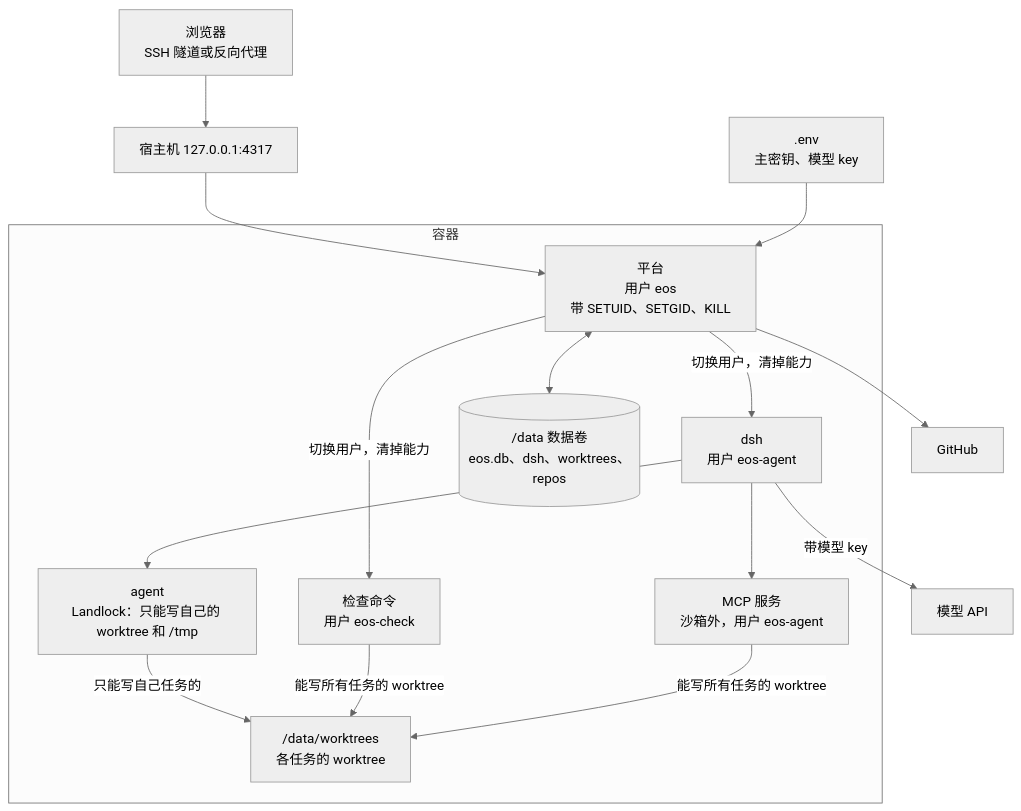
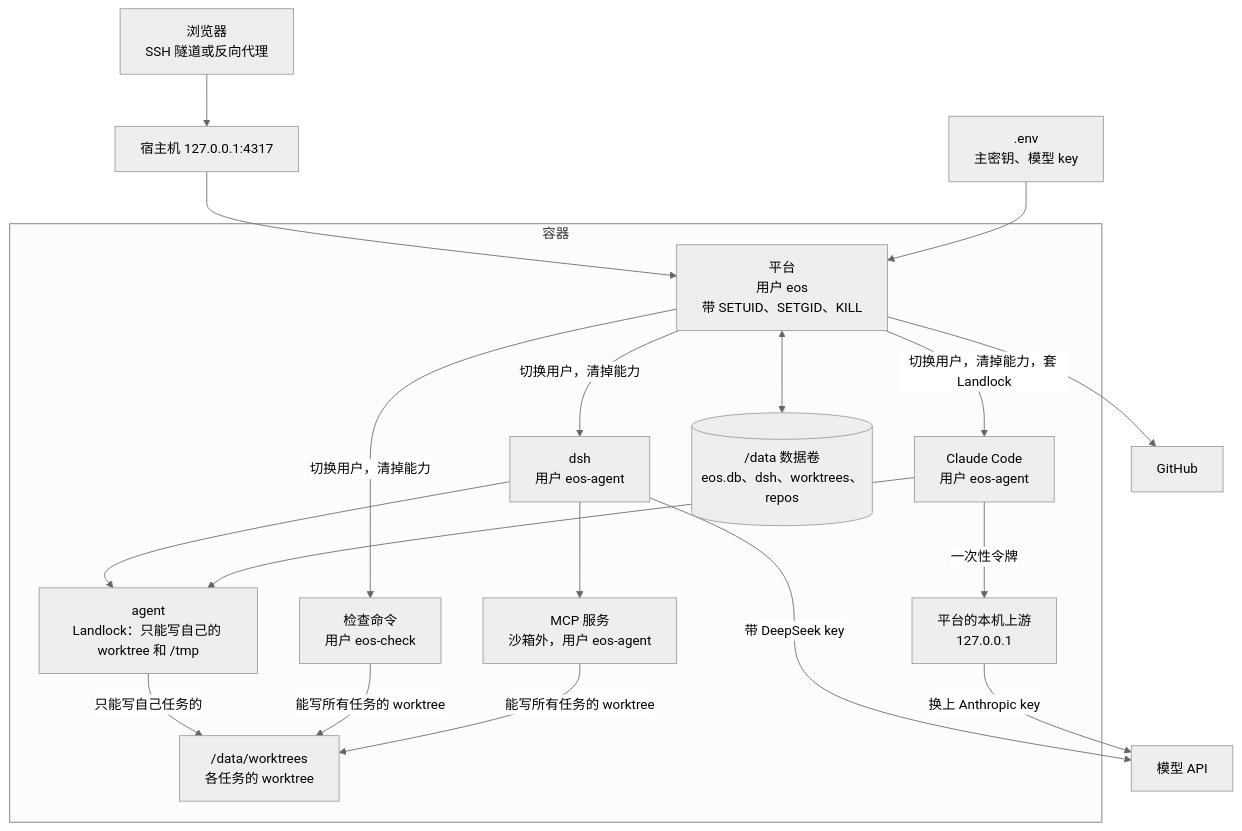
One commit to Izelzzz/Eos-workbench changed the diagram in docs/adr/006-docker-deployment.md. Above: the diagram before and after it, drawn with Mermaid (neutral theme). The commit also changed other lines of this file and 34 other files, not shown here.

First line of the commit message:
Claude Code 执行器（路线图 18 ③） (#123)

````diff
--- a/docs/adr/006-docker-deployment.md
+++ b/docs/adr/006-docker-deployment.md
@@ -29,19 +29,23 @@
 ```mermaid
 flowchart TB
   browser["浏览器<br/>SSH 隧道或反向代理"] --> port["宿主机 127.0.0.1:4317"]
   port --> plat
   envf[".env<br/>主密钥、模型 key"] --> plat
   subgraph container["容器"]
     plat["平台<br/>用户 eos<br/>带 SETUID、SETGID、KILL"]
     plat -- "切换用户，清掉能力" --> dsh["dsh<br/>用户 eos-agent"]
     plat -- "切换用户，清掉能力" --> chk["检查命令<br/>用户 eos-check"]
+    plat -- "切换用户，清掉能力，套 Landlock" --> cc["Claude Code<br/>用户 eos-agent"]
+    cc -- "一次性令牌" --> up["平台的本机上游<br/>127.0.0.1"]
     dsh --> agent["agent<br/>Landlock：只能写自己的 worktree 和 /tmp"]
+    cc --> agent
     dsh --> mcp["MCP 服务<br/>沙箱外，用户 eos-agent"]
     plat <--> data[("/data 数据卷<br/>eos.db、dsh、worktrees、repos")]
     agent -- "只能写自己任务的" --> wt["/data/worktrees<br/>各任务的 worktree"]
     chk -- "能写所有任务的 worktree" --> wt
     mcp -- "能写所有任务的 worktree" --> wt
   end
-  dsh -- "带模型 key" --> model["模型 API"]
+  dsh -- "带 DeepSeek key" --> model["模型 API"]
+  up -- "换上 Anthropic key" --> model
   plat --> gh["GitHub"]
 ```
````
